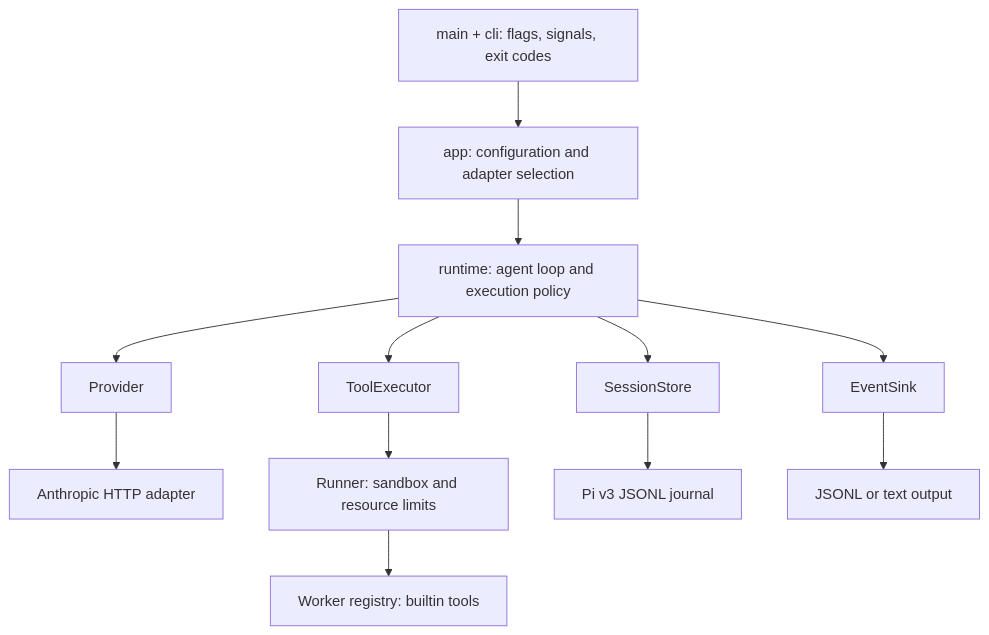
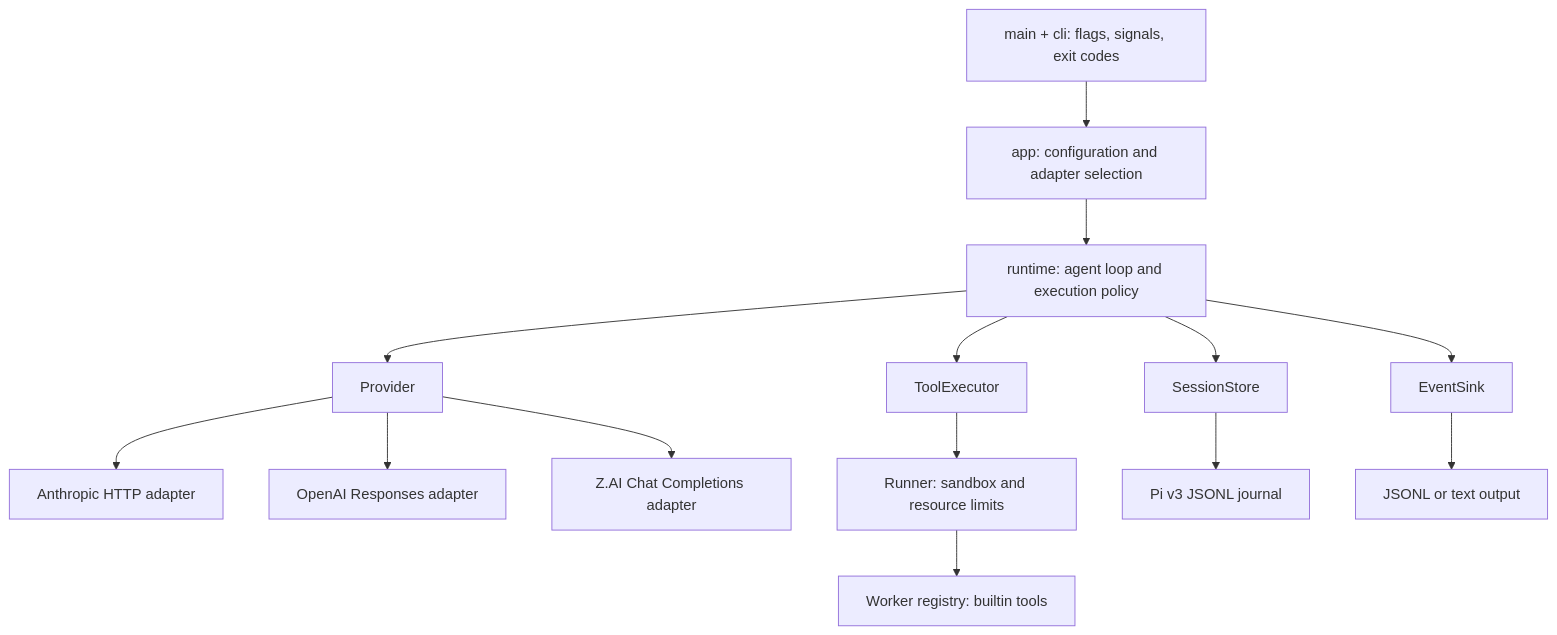
The diagram in docs/architecture.md (jinwon-int/danso), drawn with Mermaid before and after one commit. The commit also changed other lines of this file and 20 other files, not shown here.

````diff
--- a/docs/architecture.md
+++ b/docs/architecture.md
@@ -8,14 +8,16 @@
 ```mermaid
 flowchart TD
     CLI[main + cli: flags, signals, exit codes] --> App[app: configuration and adapter selection]
     App --> Loop[runtime: agent loop and execution policy]
     Loop --> Provider[Provider]
     Loop --> Executor[ToolExecutor]
     Loop --> Store[SessionStore]
     Loop --> Sink[EventSink]
     Provider --> Anthropic[Anthropic HTTP adapter]
+    Provider --> OpenAI[OpenAI Responses adapter]
+    Provider --> GLM[Z.AI Chat Completions adapter]
     Executor --> Runner[Runner: sandbox and resource limits]
     Runner --> Registry[Worker registry: builtin tools]
     Store --> Session[Pi v3 JSONL journal]
     Sink --> Output[JSONL or text output]
 ```
````
